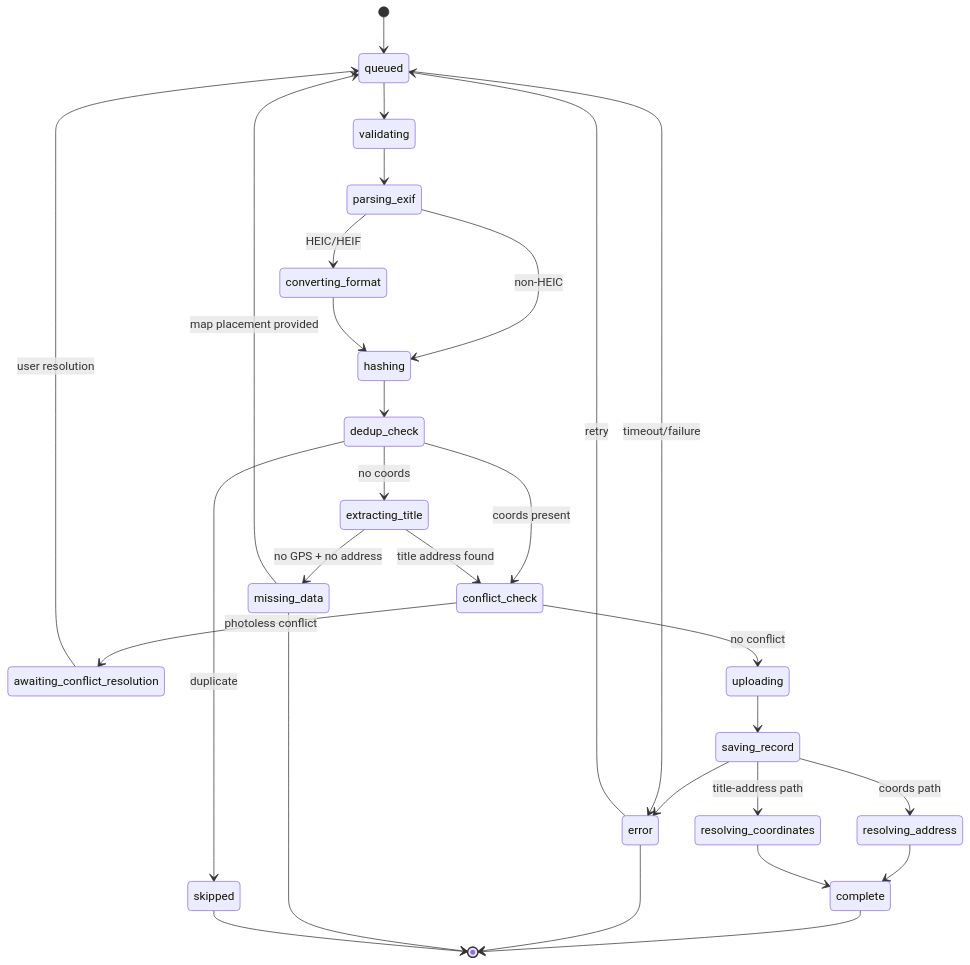
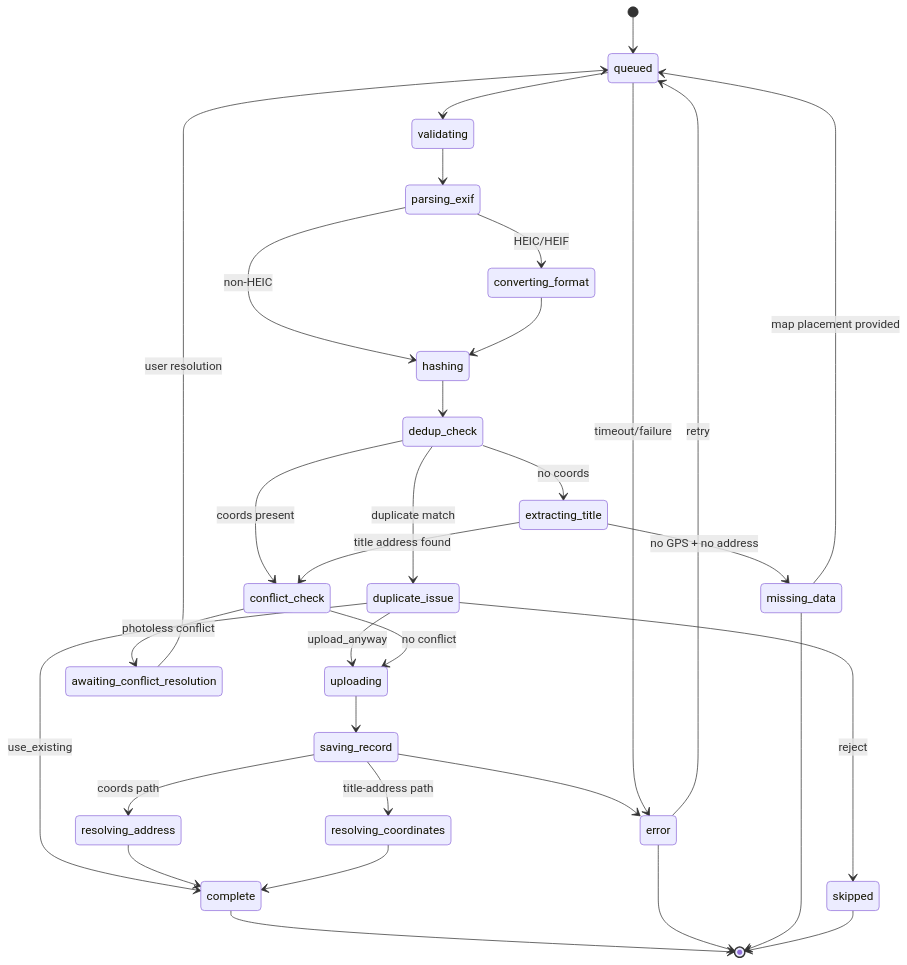
One commit to matkleve/feldpost changed the second of 3 diagrams in docs/element-specs/upload-panel.md. Above: the diagram before and after it, drawn with Mermaid. The commit also changed other lines of this file and 20 other files, not shown here.

````diff
--- a/docs/element-specs/upload-panel.md
+++ b/docs/element-specs/upload-panel.md
@@ -110,31 +127,34 @@
 ```mermaid
 stateDiagram-v2
   [*] --> queued
   queued --> validating
   validating --> parsing_exif
   parsing_exif --> converting_format: HEIC/HEIF
   parsing_exif --> hashing: non-HEIC
   converting_format --> hashing
   hashing --> dedup_check
-  dedup_check --> skipped: duplicate
+  dedup_check --> duplicate_issue: duplicate match
+  duplicate_issue --> complete: use_existing
+  duplicate_issue --> uploading: upload_anyway
+  duplicate_issue --> skipped: reject
   dedup_check --> extracting_title: no coords
   dedup_check --> conflict_check: coords present
   extracting_title --> conflict_check: title address found
   extracting_title --> missing_data: no GPS + no address
   conflict_check --> awaiting_conflict_resolution: photoless conflict
   awaiting_conflict_resolution --> queued: user resolution
   conflict_check --> uploading: no conflict
   uploading --> saving_record
   saving_record --> resolving_address: coords path
   saving_record --> resolving_coordinates: title-address path
   saving_record --> error
   resolving_address --> complete
   resolving_coordinates --> complete
   missing_data --> queued: map placement provided
   queued --> error: timeout/failure
   error --> queued: retry
   complete --> [*]
   error --> [*]
   missing_data --> [*]
   skipped --> [*]
 ```
````
